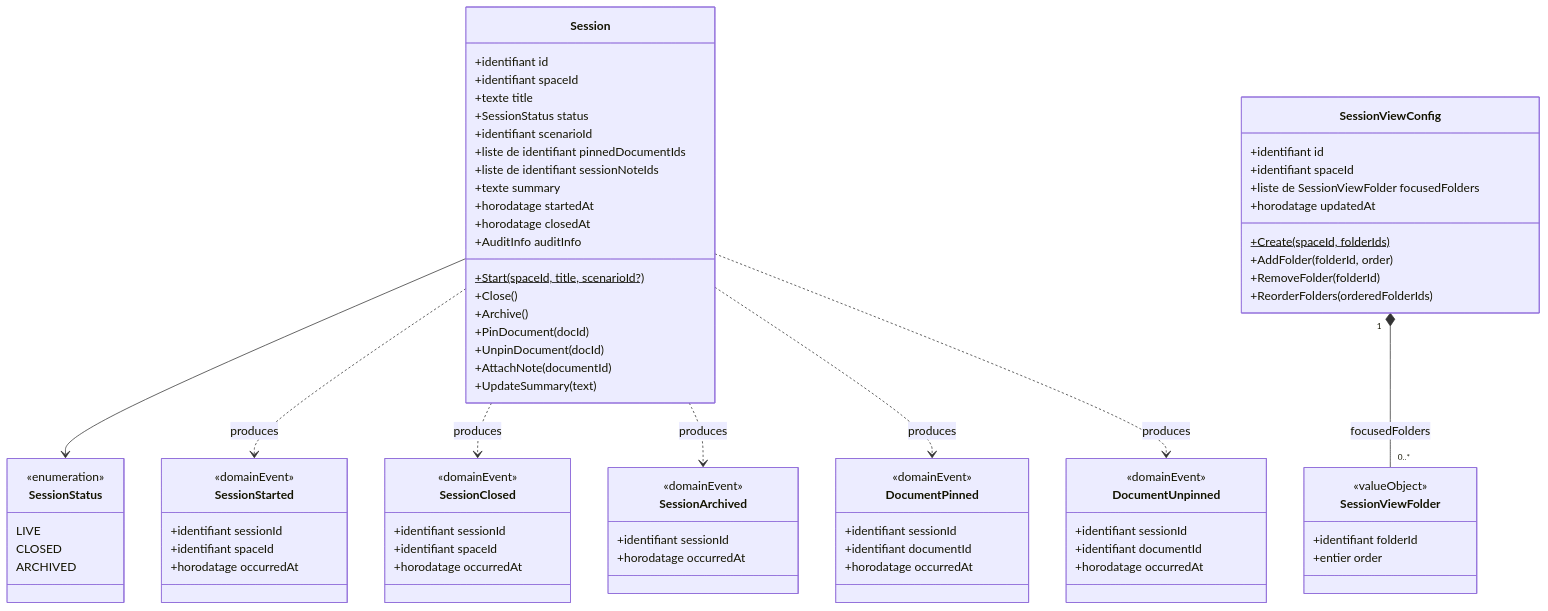
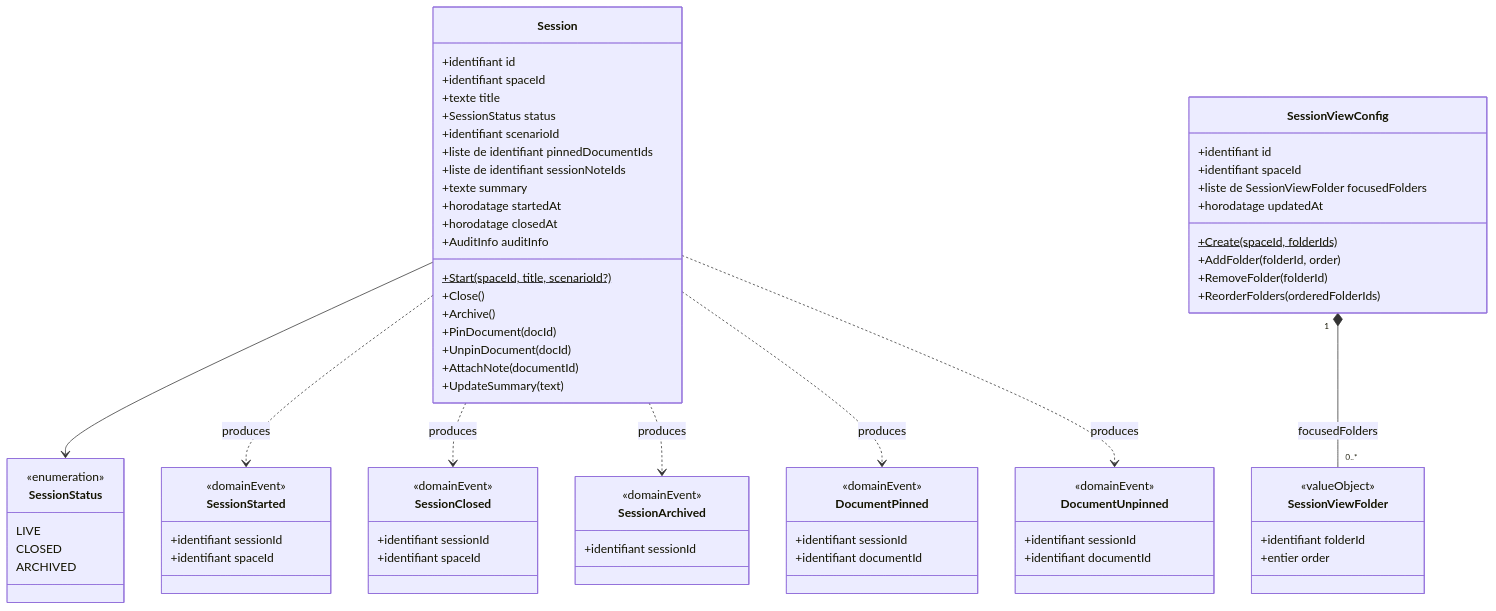
Before and after one commit to 2025-10-CDA-ECO-P6/PM-micro-saas: the diagram in docs/domaine/session-conduct/classes.md, drawn with Mermaid. The commit also changed 4 other files, not shown here.

```diff
--- a/docs/domaine/session-conduct/classes.md
+++ b/docs/domaine/session-conduct/classes.md
@@ -53,34 +53,29 @@
         <<domainEvent>>
         +identifiant sessionId
         +identifiant spaceId
-        +horodatage occurredAt
     }
 
     class SessionClosed {
         <<domainEvent>>
         +identifiant sessionId
         +identifiant spaceId
-        +horodatage occurredAt
     }
 
     class SessionArchived {
         <<domainEvent>>
         +identifiant sessionId
-        +horodatage occurredAt
     }
 
     class DocumentPinned {
         <<domainEvent>>
         +identifiant sessionId
         +identifiant documentId
-        +horodatage occurredAt
     }
 
     class DocumentUnpinned {
         <<domainEvent>>
         +identifiant sessionId
         +identifiant documentId
-        +horodatage occurredAt
     }
 
     Session --> SessionStatus
```
